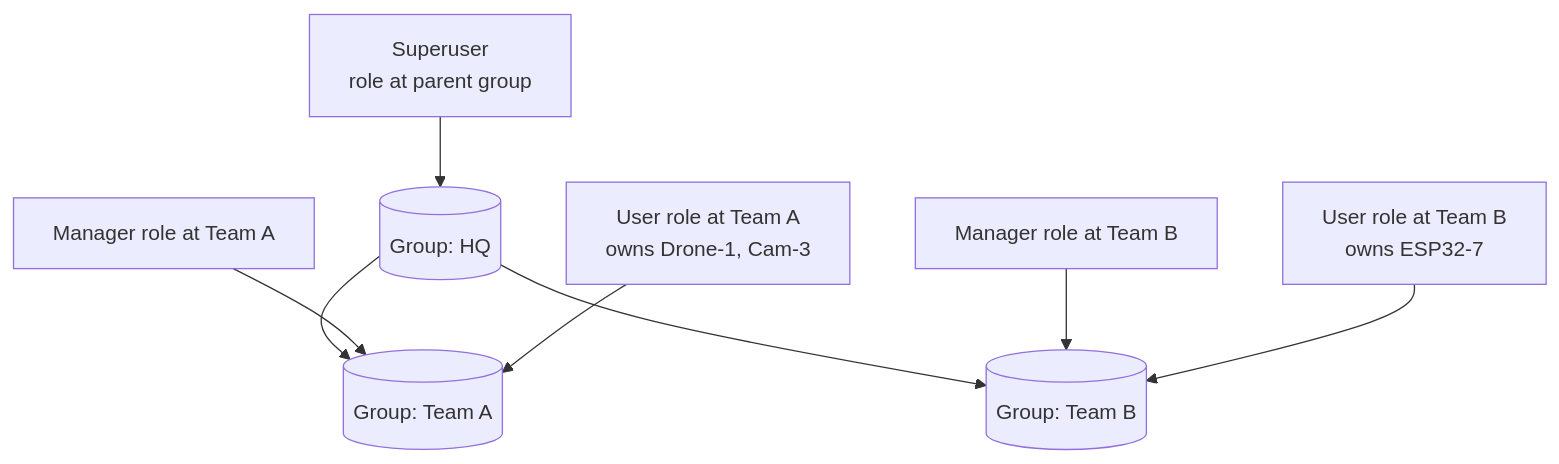
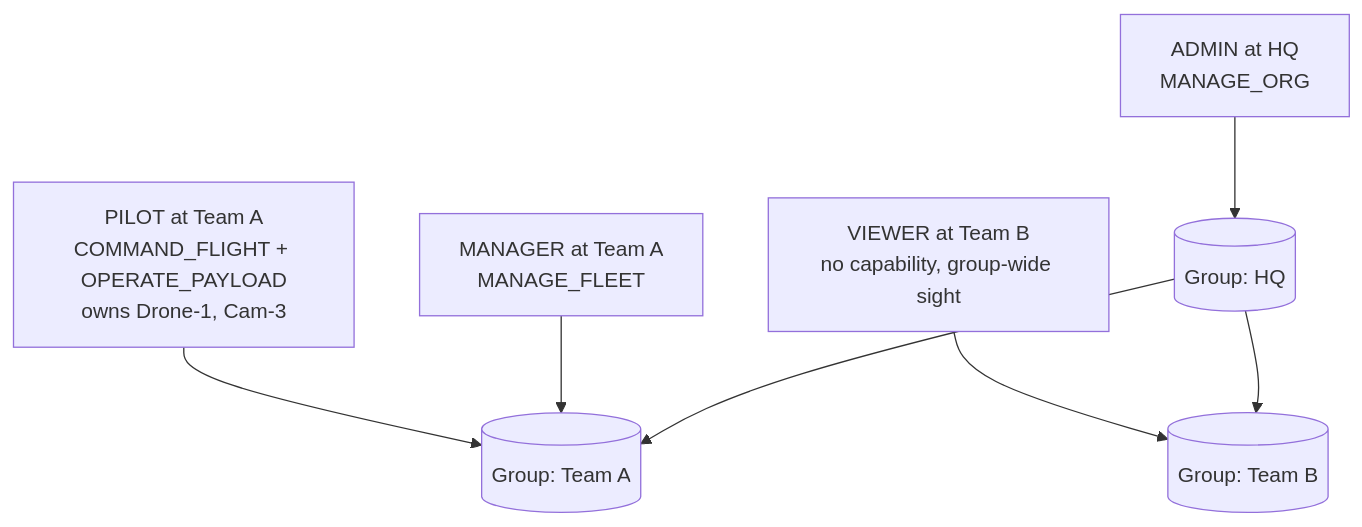
One commit to VladTetyorko/computer.vision changed the second of 2 diagrams in ARCHITECTURE.md. Above: the diagram before and after it, drawn with Mermaid. The commit also changed other lines of this file and 2 other files, not shown here.

First line of the commit message:
docs(e2e-audit N2): reconcile ARCHITECTURE.md and plan status with what shipped

````diff
--- a/ARCHITECTURE.md
+++ b/ARCHITECTURE.md
@@ -249,10 +274,9 @@
 ```mermaid
 flowchart TD
-    SU[Superuser<br/>role at parent group] --> G0[(Group: HQ)]
+    A[ADMIN at HQ<br/>MANAGE_ORG] --> G0[(Group: HQ)]
     G0 --> G1[(Group: Team A)]
     G0 --> G2[(Group: Team B)]
-    M1[Manager role at Team A] --> G1
-    M2[Manager role at Team B] --> G2
-    U1[User role at Team A<br/>owns Drone-1, Cam-3] --> G1
-    U2[User role at Team B<br/>owns ESP32-7] --> G2
+    M1[MANAGER at Team A<br/>MANAGE_FLEET] --> G1
+    P1[PILOT at Team A<br/>COMMAND_FLIGHT + OPERATE_PAYLOAD<br/>owns Drone-1, Cam-3] --> G1
+    V1[VIEWER at Team B<br/>no capability, group-wide sight] --> G2
 ```
````
